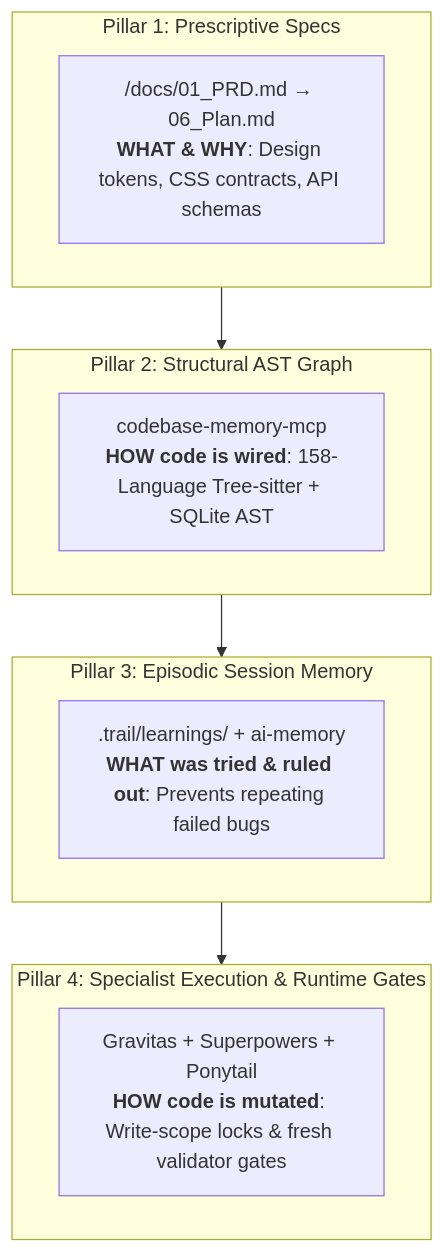
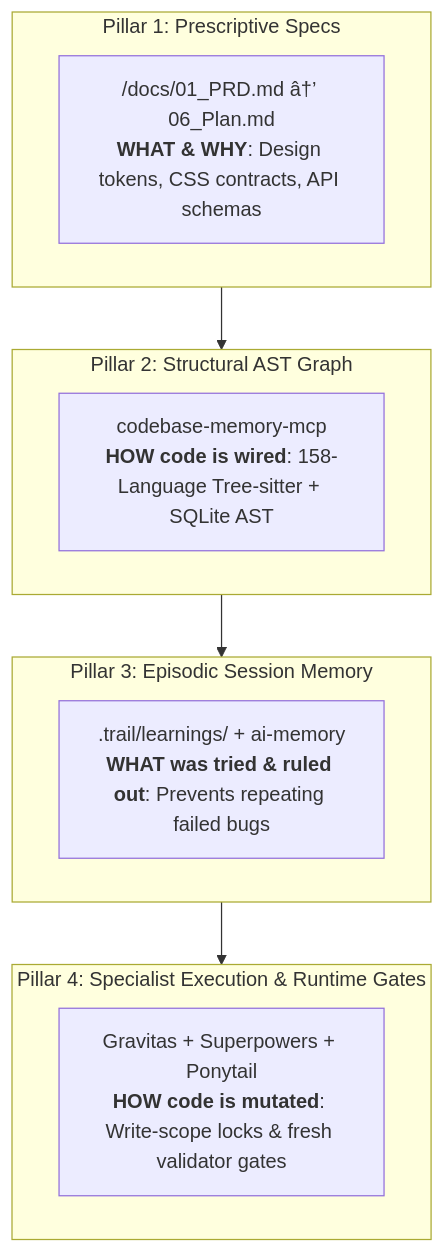
The diagram in README.md (ratulbd/antigravity-os), drawn with Mermaid before and after one commit. The commit also changed other lines of this file and 6 other files, not shown here.

````diff
--- a/README.md
+++ b/README.md
@@ -46,22 +46,22 @@
 ```mermaid
 flowchart TD
     subgraph P1["Pillar 1: Prescriptive Specs"]
-        Specs["/docs/01_PRD.md → 06_Plan.md<br><b>WHAT & WHY</b>: Design tokens, CSS contracts, API schemas"]
+        Specs["/docs/01_PRD.md â†’ 06_Plan.md<br><b>WHAT & WHY</b>: Design tokens, CSS contracts, API schemas"]
     end
 
     subgraph P2["Pillar 2: Structural AST Graph"]
         AST["codebase-memory-mcp<br><b>HOW code is wired</b>: 158-Language Tree-sitter + SQLite AST"]
     end
 
     subgraph P3["Pillar 3: Episodic Session Memory"]
         Memory[".trail/learnings/ + ai-memory<br><b>WHAT was tried & ruled out</b>: Prevents repeating failed bugs"]
     end
 
     subgraph P4["Pillar 4: Specialist Execution & Runtime Gates"]
         Runtime["Gravitas + Superpowers + Ponytail<br><b>HOW code is mutated</b>: Write-scope locks & fresh validator gates"]
     end
 
     P1 --> P2
     P2 --> P3
     P3 --> P4
 ```
````
